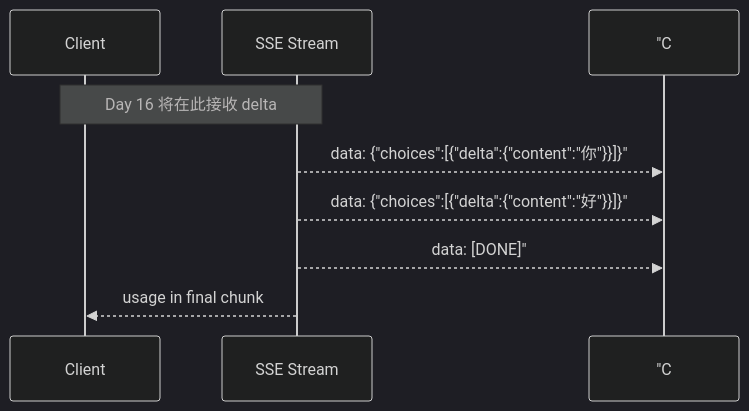
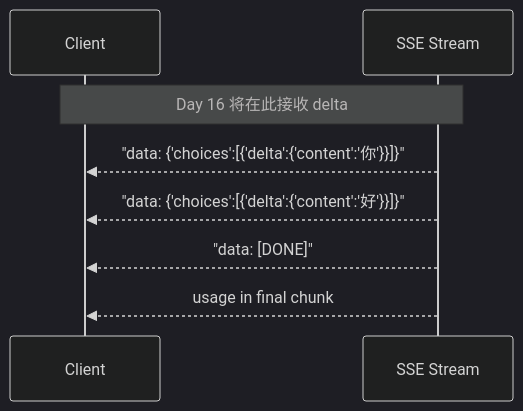
Before and after one commit to ab6539763/70_days_course_plus: the sixth of 6 diagrams in course/day15/04_流程图与示意图.md, drawn with Mermaid (dark theme). The commit also changed other lines of this file and 80 other files, not shown here.

First line of the commit message:
fix(course): 修复 Mermaid 图表渲染报错 + 同步嵌入代码快照

````diff
--- a/course/day15/04_流程图与示意图.md
+++ b/course/day15/04_流程图与示意图.md
@@ -131,10 +131,10 @@
 ```mermaid
 sequenceDiagram
     participant C as Client
     participant S as SSE Stream
   Note over C,S: Day 16 将在此接收 delta
-    S-->> "C: data: {"choices":[{"delta":{"content":"你"}}]}"
-    S-->> "C: data: {"choices":[{"delta":{"content":"好"}}]}"
-    S-->> "C: data: [DONE]"
+    S-->>C: "data: {'choices':[{'delta':{'content':'你'}}]}"
+    S-->>C: "data: {'choices':[{'delta':{'content':'好'}}]}"
+    S-->>C: "data: [DONE]"
     S-->>C: usage in final chunk
 ```
````
